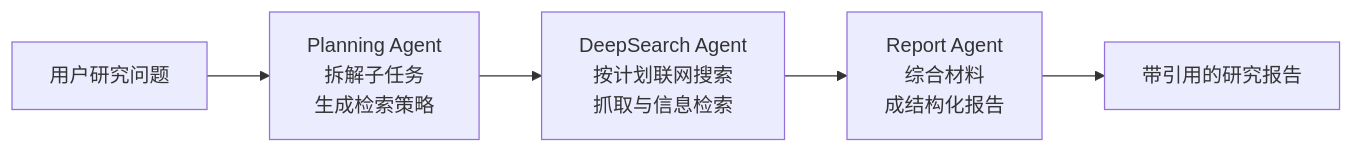
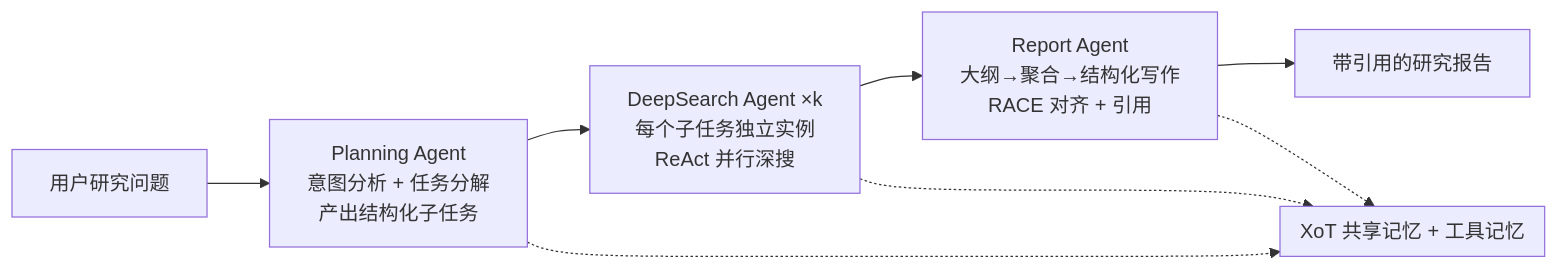
Before and after one commit to zhoujx4/llm-atlas: the first of 2 diagrams in docs/agent/deep-research/mind-deepresearch.md, drawn with Mermaid. The commit also changed other lines of this file and 156 other files, not shown here.

First line of the commit message:
docs: 论文页按规范批量重排+配图，新增 Harness 工程演进四页

````diff
--- a/docs/agent/deep-research/mind-deepresearch.md
+++ b/docs/agent/deep-research/mind-deepresearch.md
@@ -15,7 +45,12 @@
 ```mermaid
 flowchart LR
-    Q[用户研究问题] --> P["Planning Agent<br/>拆解子任务<br/>生成检索策略"]
-    P --> S["DeepSearch Agent<br/>按计划联网搜索<br/>抓取与信息检索"]
-    S --> R["Report Agent<br/>综合材料<br/>成结构化报告"]
+    Q[用户研究问题] --> P["Planning Agent<br/>意图分析 + 任务分解<br/>产出结构化子任务"]
+    P --> S["DeepSearch Agent ×k<br/>每个子任务独立实例<br/>ReAct 并行深搜"]
+    S --> R["Report Agent<br/>大纲→聚合→结构化写作<br/>RACE 对齐 + 引用"]
     R --> O[带引用的研究报告]
+    subgraph MEM[XoT 共享记忆 + 工具记忆]
+    end
+    P -.-> MEM
+    S -.-> MEM
+    R -.-> MEM
 ```
````
